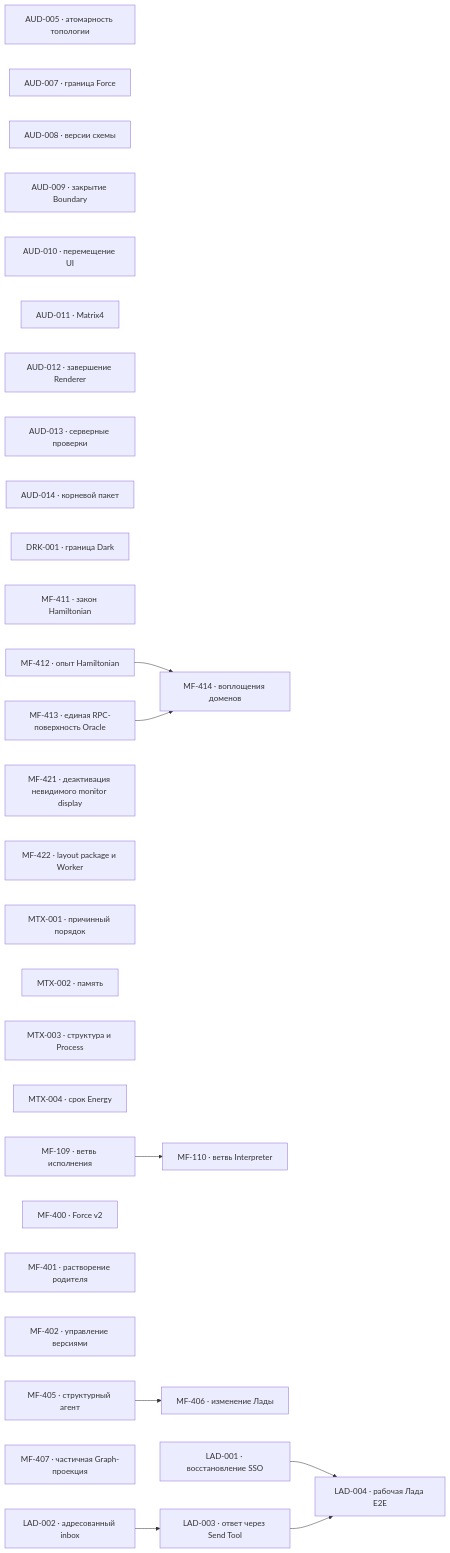
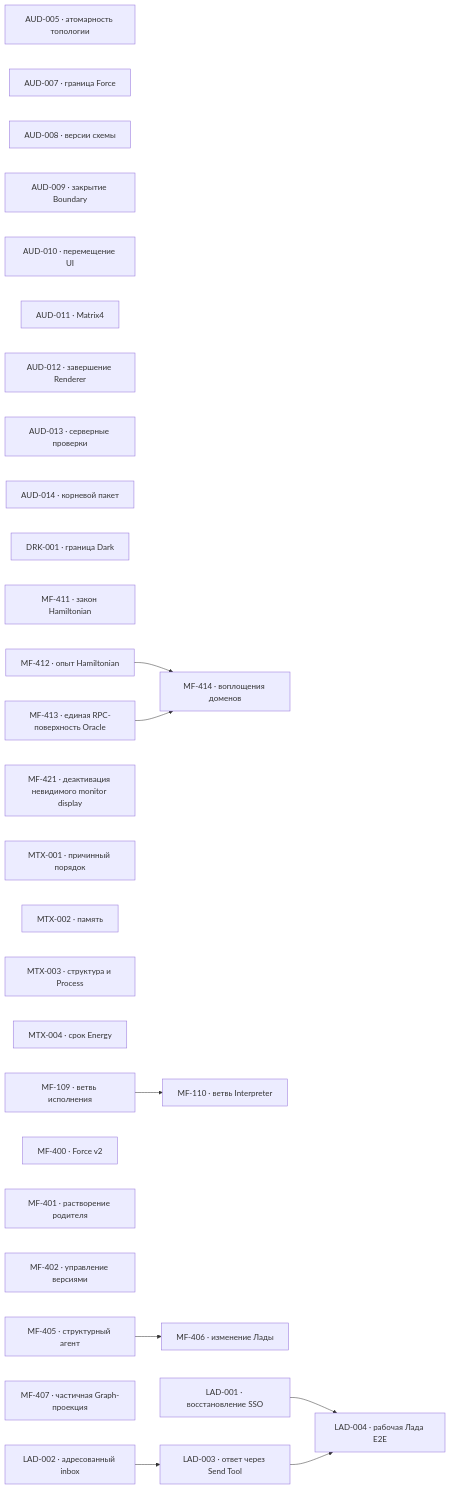
One commit to zavx0z/metafor changed the first of 2 diagrams in project/TODO.md. Above: the diagram before and after it, drawn with Mermaid. The commit also changed other lines of this file and 2 other files, not shown here.

Commit message:
chore(project): close MF-422

````diff
--- a/project/TODO.md
+++ b/project/TODO.md
@@ -13,42 +13,41 @@
 ```mermaid
 flowchart LR
     AUD005["AUD-005 · атомарность топологии"]
     AUD007["AUD-007 · граница Force"]
     AUD008["AUD-008 · версии схемы"]
     AUD009["AUD-009 · закрытие Boundary"]
     AUD010["AUD-010 · перемещение UI"]
     AUD011["AUD-011 · Matrix4"]
     AUD012["AUD-012 · завершение Renderer"]
     AUD013["AUD-013 · серверные проверки"]
     AUD014["AUD-014 · корневой пакет"]
     DRK001["DRK-001 · граница Dark"]
     MF411["MF-411 · закон Hamiltonian"]
     MF412["MF-412 · опыт Hamiltonian"]
     MF413["MF-413 · единая RPC-поверхность Oracle"]
     MF414["MF-414 · воплощения доменов"]
     MF421["MF-421 · деактивация невидимого monitor display"]
-    MF422["MF-422 · layout package и Worker"]
     MTX001["MTX-001 · причинный порядок"]
     MTX002["MTX-002 · память"]
     MTX003["MTX-003 · структура и Process"]
     MTX004["MTX-004 · срок Energy"]
     MF109["MF-109 · ветвь исполнения"]
     MF110["MF-110 · ветвь Interpreter"]
     MF400["MF-400 · Force v2"]
     MF401["MF-401 · растворение родителя"]
     MF402["MF-402 · управление версиями"]
     MF405["MF-405 · структурный агент"]
     MF406["MF-406 · изменение Лады"]
     MF407["MF-407 · частичная Graph-проекция"]
     LAD001["LAD-001 · восстановление SSO"]
     LAD002["LAD-002 · адресованный inbox"]
     LAD003["LAD-003 · ответ через Send Tool"]
     LAD004["LAD-004 · рабочая Лада E2E"]
     MF109 --> MF110
     MF405 --> MF406
     MF412 --> MF414
     MF413 --> MF414
     LAD002 --> LAD003
     LAD001 --> LAD004
     LAD003 --> LAD004
 ```
````
